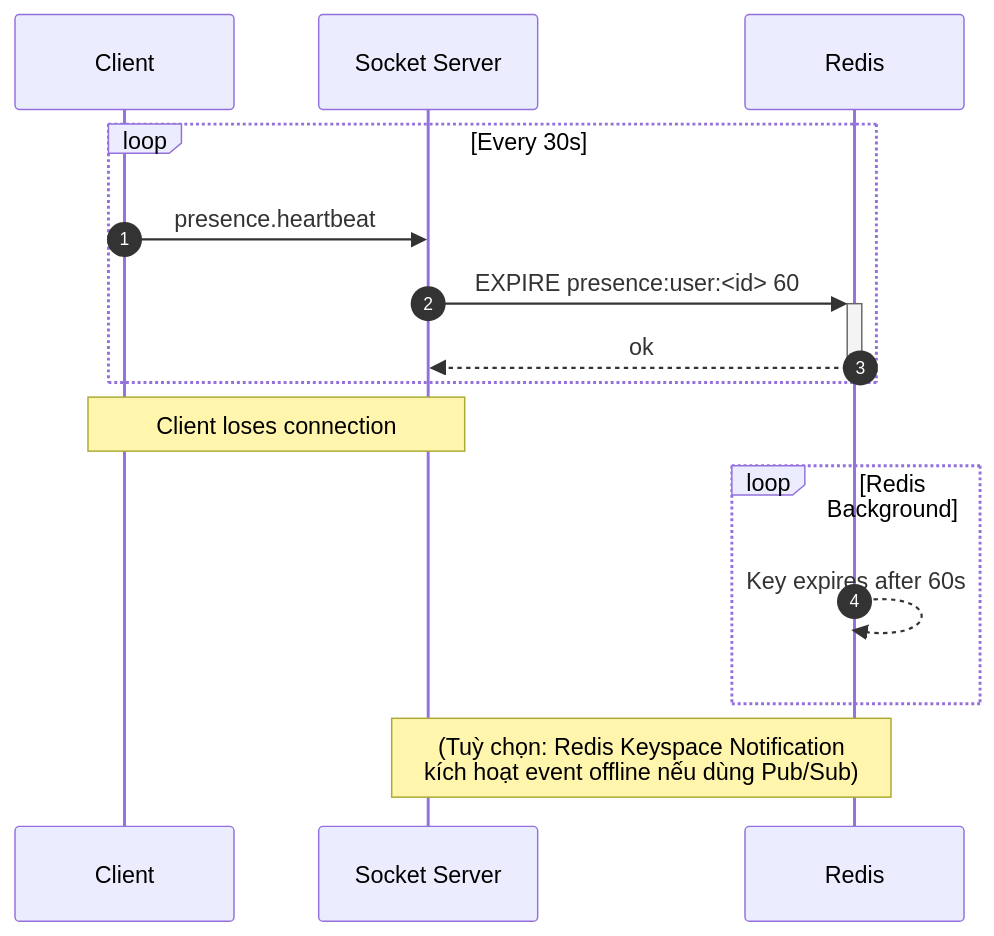
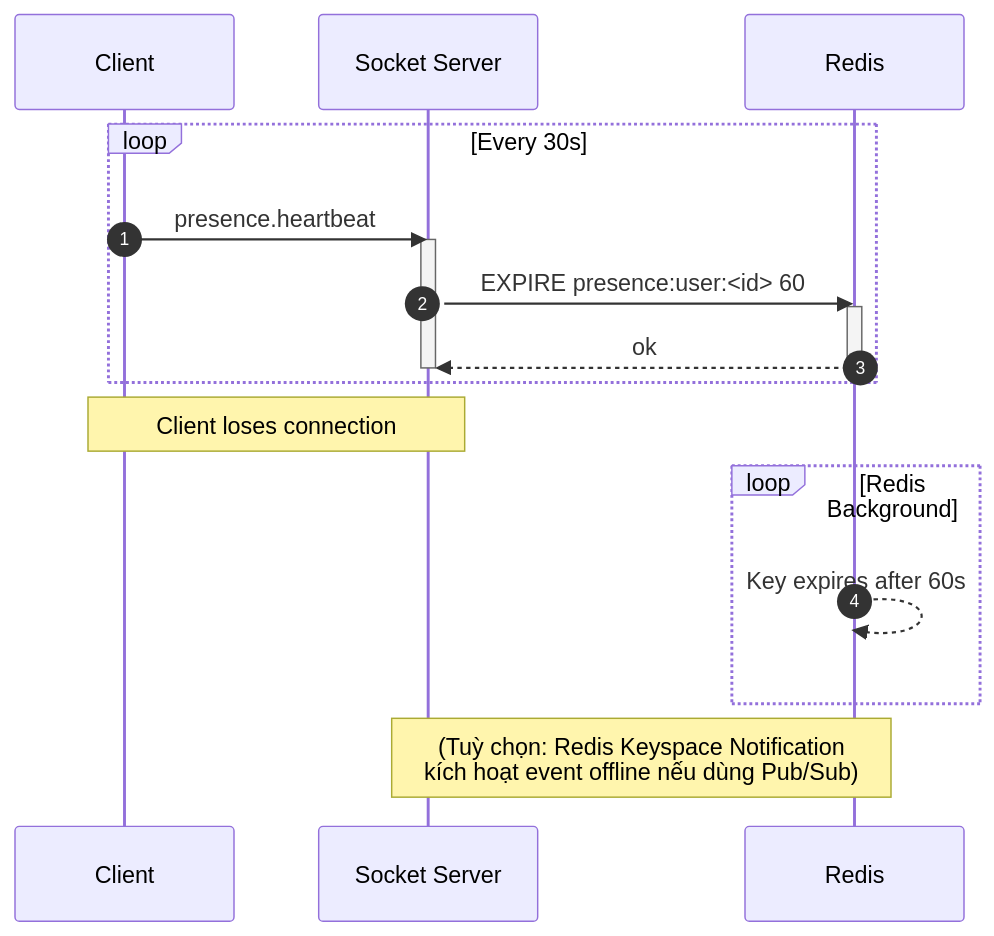
One commit to dinhhoang235/Chat-App changed the second of 3 diagrams in docs/presence.md. Above: the diagram before and after it, drawn with Mermaid. The commit also changed other lines of this file and 6 other files, not shown here.

Commit message:
refactor: streamline sequence diagrams and enhance clarity in API interactions across documentation

````diff
--- a/docs/presence.md
+++ b/docs/presence.md
@@ -47,19 +55,23 @@
 ```mermaid
 sequenceDiagram
   autonumber
   participant C as Client
   participant WS as Socket Server
   participant R as Redis
   
   loop Every 30s
     C->>WS: presence.heartbeat
-    WS->>+R: EXPIRE presence:user:<id> 60
-    R-->>-WS: ok
+    activate WS
+    WS->>R: EXPIRE presence:user:<id> 60
+    activate R
+    R-->>WS: ok
+    deactivate R
+    deactivate WS
   end
   
   Note over C, WS: Client loses connection
   loop Redis Background
     R-->>R: Key expires after 60s
   end
   Note over WS, R: (Tuỳ chọn: Redis Keyspace Notification<br/>kích hoạt event offline nếu dùng Pub/Sub)
 ```
````
